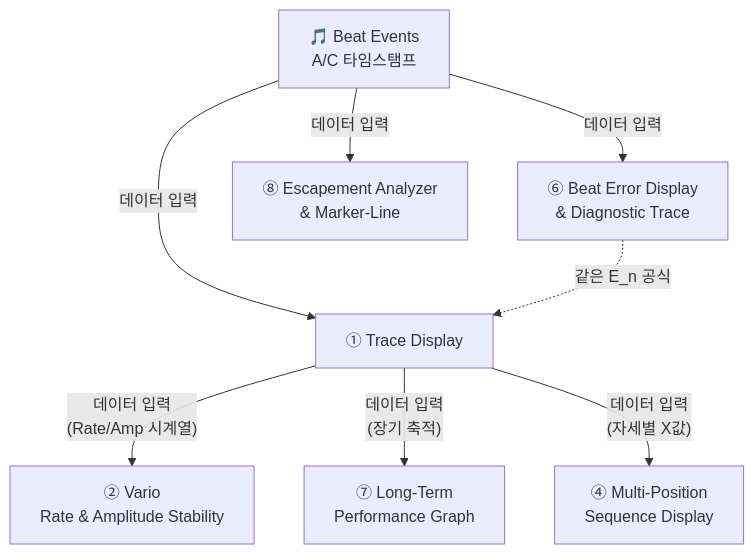
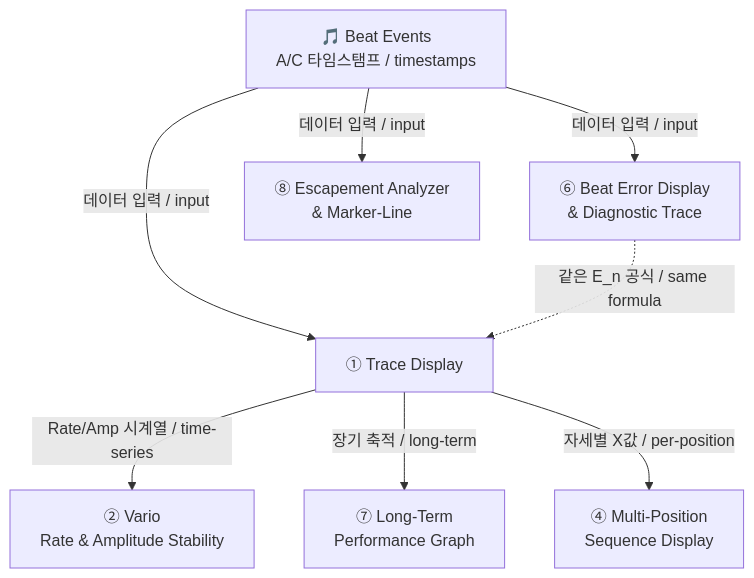
The first of 3 diagrams in docs/week1/kickoff-workshop/graph-analysis.md (Ji-Min-Lee/2026-3-sw-architect-studio-project), drawn with Mermaid before and after one commit. The commit also changed other lines of this file and 4 other files, not shown here.

````diff
--- a/docs/week1/kickoff-workshop/graph-analysis.md
+++ b/docs/week1/kickoff-workshop/graph-analysis.md
@@ -218,14 +268,14 @@
 ```mermaid
 graph TD
-    RAW["🎵 Beat Events\nA/C 타임스탬프"]
+    RAW["🎵 Beat Events\nA/C 타임스탬프 / timestamps"]
 
-    RAW -->|"데이터 입력"| TRC["① Trace Display"]
-    RAW -->|"데이터 입력"| BED["⑥ Beat Error Display\n& Diagnostic Trace"]
-    RAW -->|"데이터 입력"| EAM["⑧ Escapement Analyzer\n& Marker-Line"]
+    RAW -->|"데이터 입력 / input"| TRC["① Trace Display"]
+    RAW -->|"데이터 입력 / input"| BED["⑥ Beat Error Display\n& Diagnostic Trace"]
+    RAW -->|"데이터 입력 / input"| EAM["⑧ Escapement Analyzer\n& Marker-Line"]
 
-    TRC -->|"데이터 입력\n(Rate/Amp 시계열)"| VAR["② Vario\nRate & Amplitude Stability"]
-    TRC -->|"데이터 입력\n(장기 축적)"| LTP["⑦ Long-Term\nPerformance Graph"]
-    TRC -->|"데이터 입력\n(자세별 X값)"| MPS["④ Multi-Position\nSequence Display"]
+    TRC -->|"Rate/Amp 시계열 / time-series"| VAR["② Vario\nRate & Amplitude Stability"]
+    TRC -->|"장기 축적 / long-term"| LTP["⑦ Long-Term\nPerformance Graph"]
+    TRC -->|"자세별 X값 / per-position"| MPS["④ Multi-Position\nSequence Display"]
 
-    BED -. "같은 E_n 공식" .-> TRC
+    BED -. "같은 E_n 공식 / same formula" .-> TRC
 ```
````
